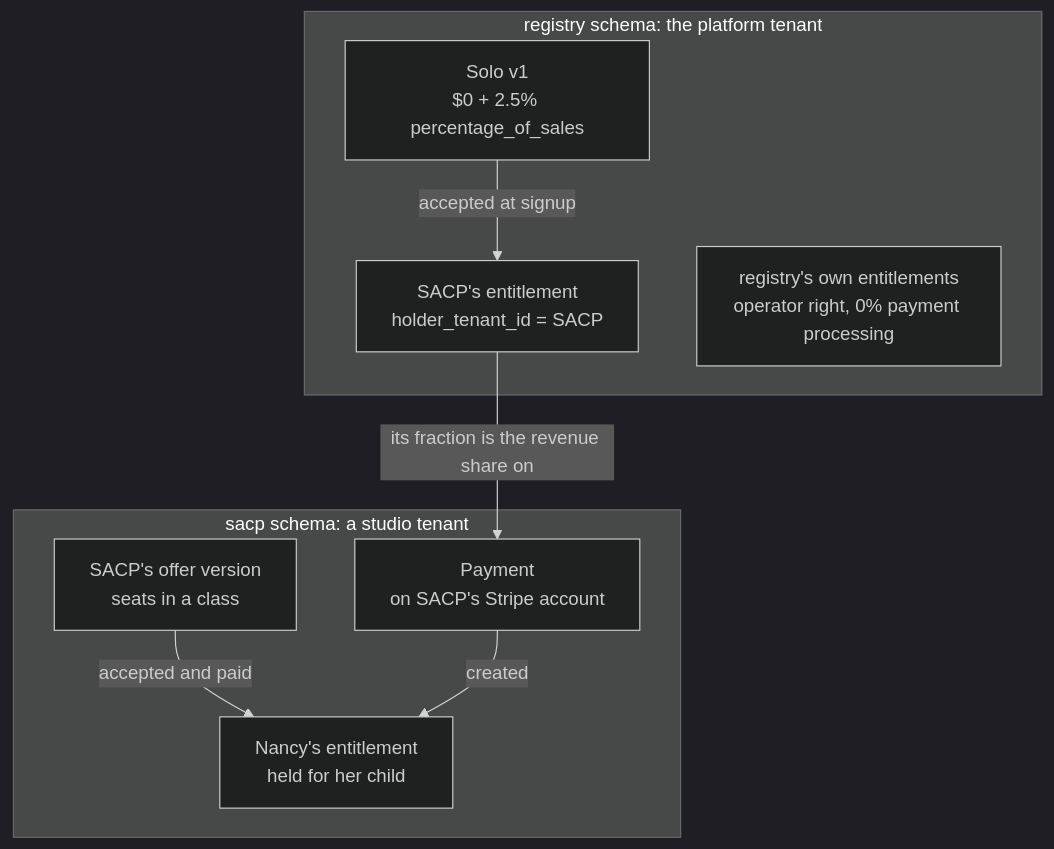
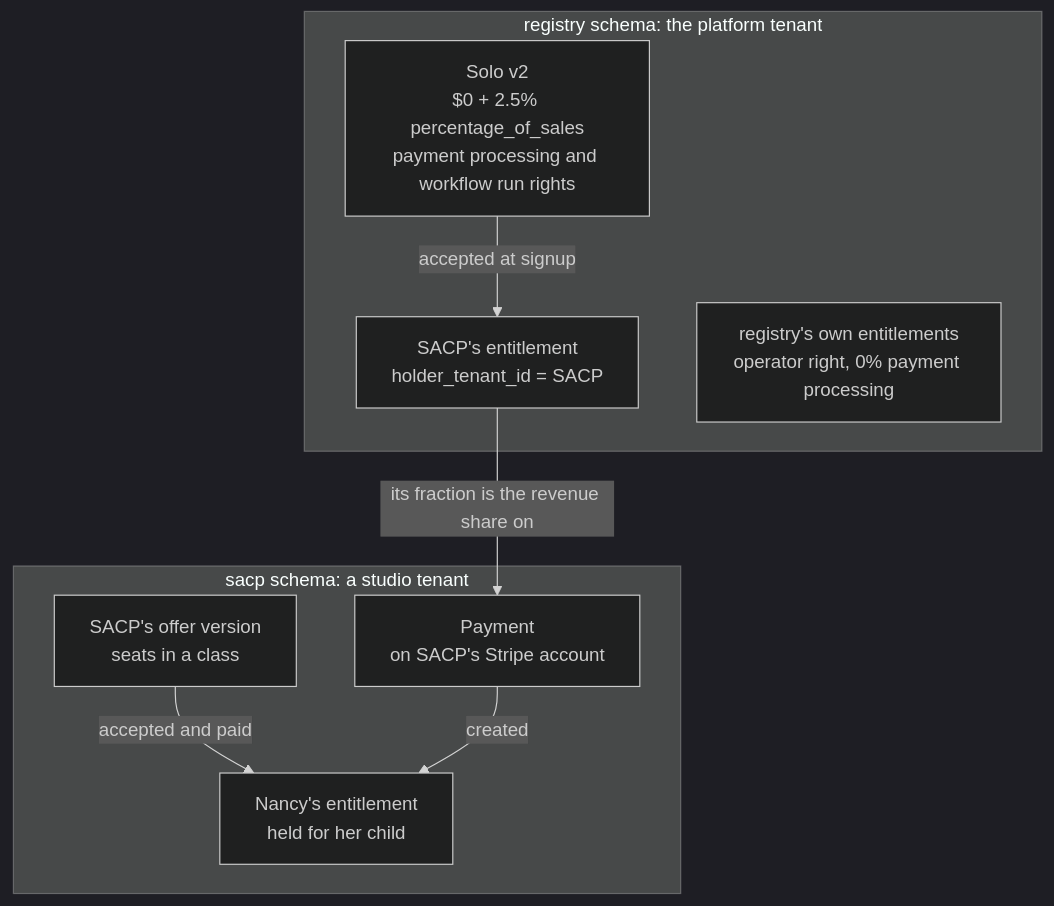
The second of 2 diagrams in docs/architecture/priceops-model.md (Tamarou/Registry), drawn with Mermaid (dark theme) before and after one commit. The commit also changed 2 other files, not shown here.

Commit message:
Record perigrin's ruling: the day-one Solo version grants the workflow set
"How the in-studio offer is published" changes from an admin run of
offer-publishing to perigrin's 2026-11-26 ruling, quoted with its session
link: solo-grants-workflow-set publishes Solo v2, whose stored set grants
payment processing and every shipped workflow's run right, and a later
version may list only some. The architecture pages name Solo v2.

Claude-Session: https://claude.ai/code/session_01V7rs98q3bwA7Cs9ZBpVuL5

````diff
--- a/docs/architecture/priceops-model.md
+++ b/docs/architecture/priceops-model.md
@@ -169,17 +169,17 @@
 ```mermaid
 flowchart TD
     subgraph registry["registry schema: the platform tenant"]
-        SV["Solo v1<br/>$0 + 2.5% percentage_of_sales"]
+        SV["Solo v2<br/>$0 + 2.5% percentage_of_sales<br/>payment processing and workflow run rights"]
         SE["SACP's entitlement<br/>holder_tenant_id = SACP"]
         OR["registry's own entitlements<br/>operator right, 0% payment processing"]
         SV -->|accepted at signup| SE
     end
     subgraph sacp["sacp schema: a studio tenant"]
         CV["SACP's offer version<br/>seats in a class"]
         CE["Nancy's entitlement<br/>held for her child"]
         CP["Payment<br/>on SACP's Stripe account"]
         CV -->|accepted and paid| CE
         CP -->|created| CE
     end
     SE -->|its fraction is the revenue share on| CP
 ```
````
